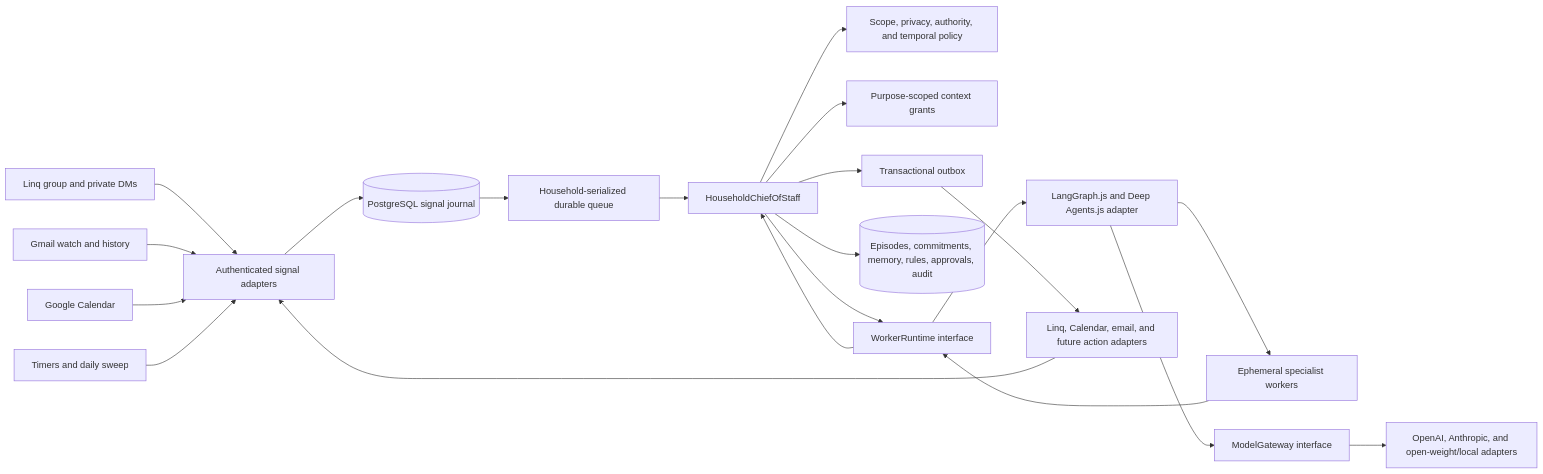
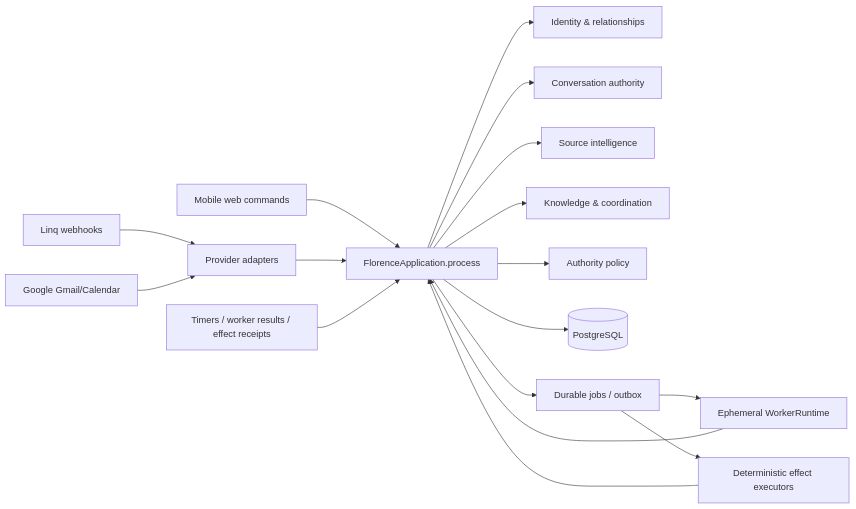
One commit to harianbarasu/florence changed the diagram in PLAN.md. Above: the diagram before and after it, drawn with Mermaid. The commit also changed other lines of this file and 13 other files, not shown here.

````diff
--- a/PLAN.md
+++ b/PLAN.md
@@ -429,26 +689,19 @@
 ```mermaid
 flowchart LR
-    Linq["Linq group and private DMs"] --> Ingress["Authenticated signal adapters"]
-    Gmail["Gmail watch and history"] --> Ingress
-    Calendar["Google Calendar"] --> Ingress
-    Clock["Timers and daily sweep"] --> Ingress
-
-    Ingress --> Journal[("PostgreSQL signal journal")]
-    Journal --> Queue["Household-serialized durable queue"]
-    Queue --> CoS["HouseholdChiefOfStaff"]
-
-    CoS --> Policy["Scope, privacy, authority, and temporal policy"]
-    CoS --> Context["Purpose-scoped context grants"]
-    CoS --> Runtime["WorkerRuntime interface"]
-    Runtime --> Harness["LangGraph.js and Deep Agents.js adapter"]
-    Harness --> Workers["Ephemeral specialist workers"]
-    Harness --> Gateway["ModelGateway interface"]
-    Gateway --> Models["OpenAI, Anthropic, and open-weight/local adapters"]
-    Workers --> Runtime
-    Runtime --> CoS
-
-    CoS --> State[("Episodes, commitments, memory, rules, approvals, audit")]
-    CoS --> Outbox["Transactional outbox"]
-    Outbox --> Effects["Linq, Calendar, email, and future action adapters"]
-    Effects --> Ingress
+    L["Linq webhooks"] --> A["Provider adapters"]
+    G["Google Gmail/Calendar"] --> A
+    W["Mobile web commands"] --> APP["FlorenceApplication.process"]
+    A --> APP
+    T["Timers / worker results / effect receipts"] --> APP
+    APP --> I["Identity & relationships"]
+    APP --> C["Conversation authority"]
+    APP --> S["Source intelligence"]
+    APP --> K["Knowledge & coordination"]
+    APP --> P["Authority policy"]
+    APP --> D[("PostgreSQL")]
+    APP --> J["Durable jobs / outbox"]
+    J --> R["Ephemeral WorkerRuntime"]
+    J --> E["Deterministic effect executors"]
+    R --> APP
+    E --> APP
 ```
````
